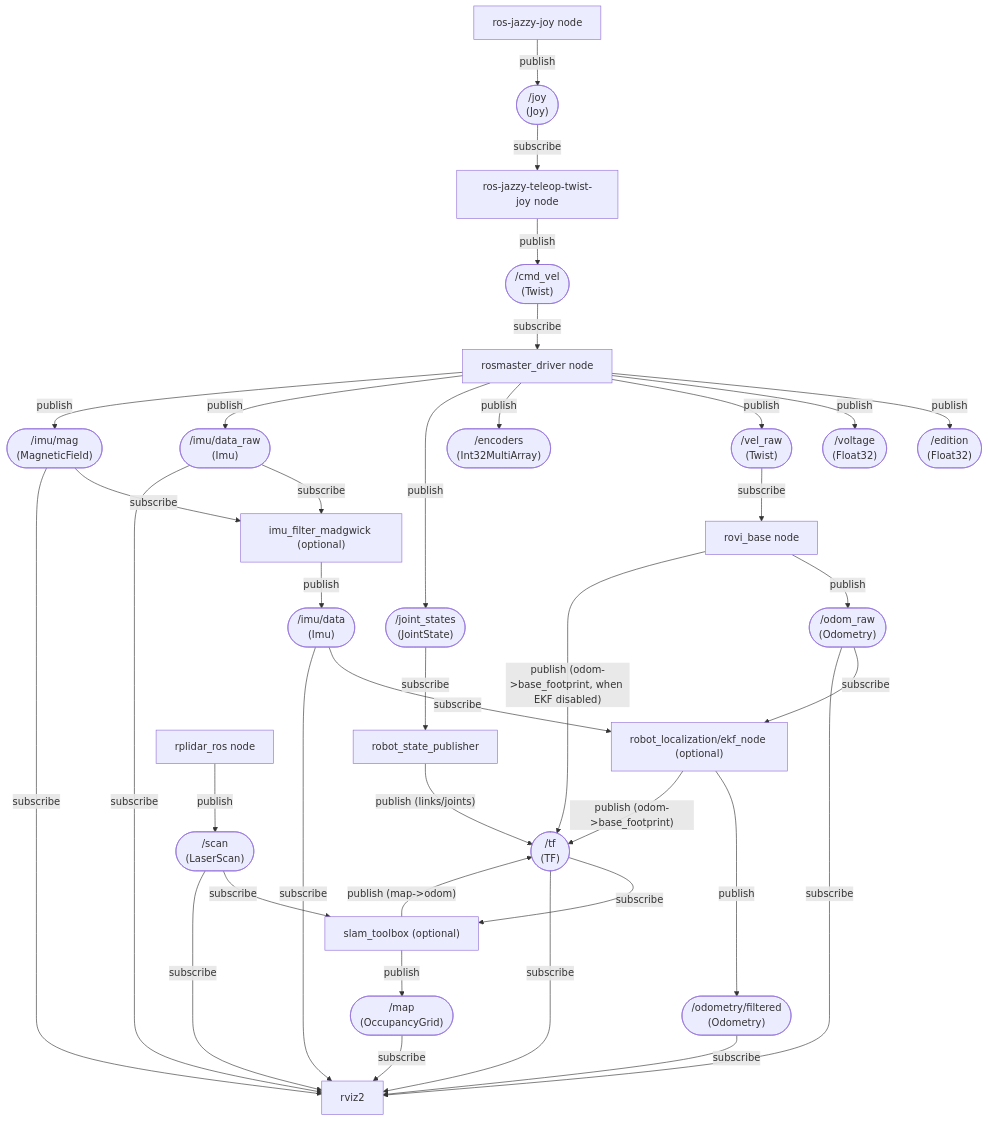
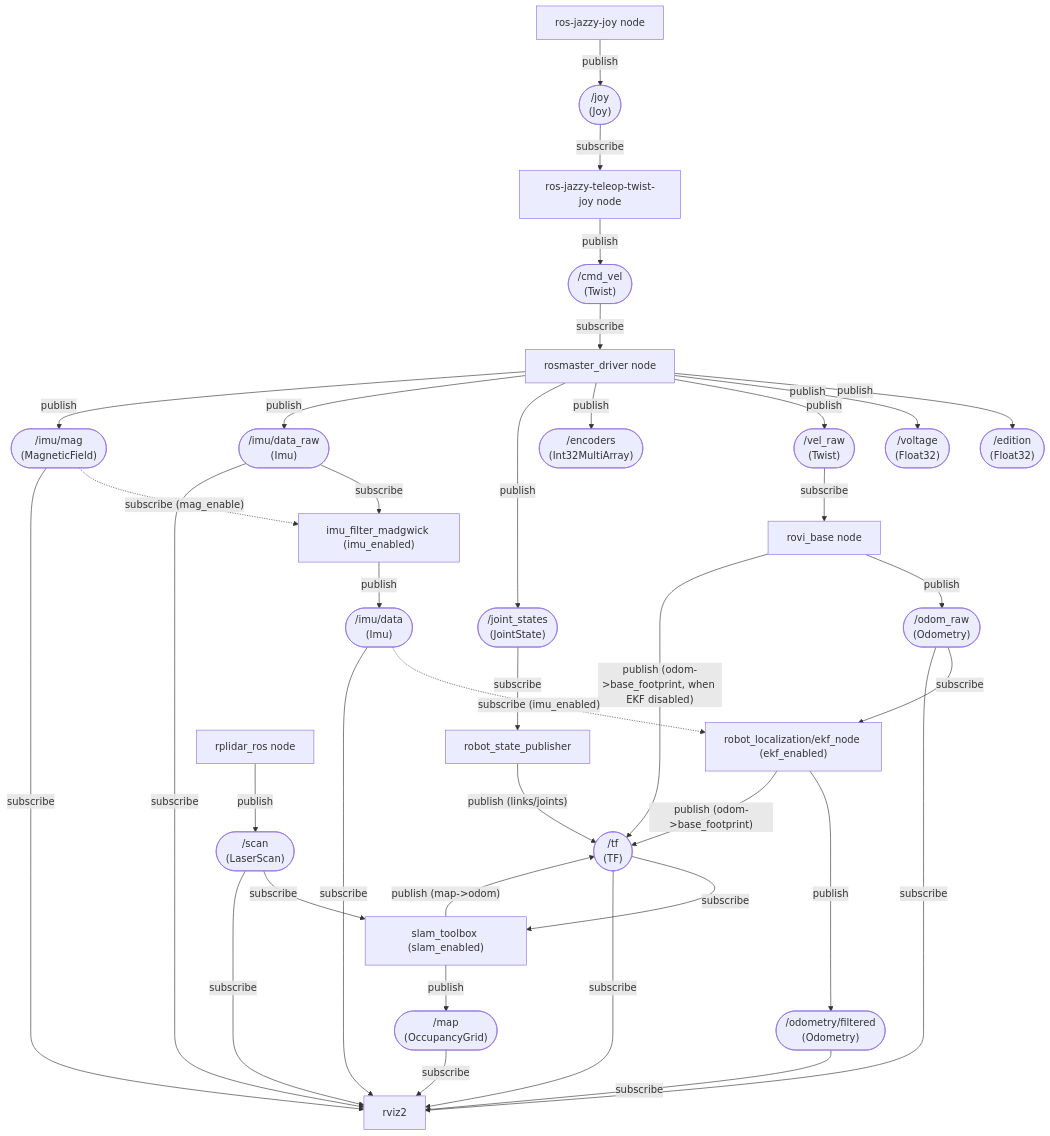
The first of 6 diagrams in README.md (Roblibs/rovi_ros_ws), drawn with Mermaid before and after one commit. The commit also changed other lines of this file, not shown here.

````diff
--- a/README.md
+++ b/README.md
@@ -95,75 +103,75 @@
 ```mermaid
 flowchart TD
   Rosmaster[rosmaster_driver node]
 
   Joystick["ros-jazzy-joy node"]
   JOY(["/joy<br/>(Joy)"])
   Joystick -->|publish| JOY
 
   RoviJoy["ros-jazzy-teleop-twist-joy node"]
   JOY -->|subscribe| RoviJoy
   CMD(["/cmd_vel<br/>(Twist)"])
   RoviJoy -->|publish| CMD
 
   CMD -->|subscribe| Rosmaster
   EDT(["/edition<br/>(Float32)"])
   VOL(["/voltage<br/>(Float32)"])
   VRAW(["/vel_raw<br/>(Twist)"])
   JSTATE(["/joint_states<br/>(JointState)"])
   ENC(["/encoders<br/>(Int32MultiArray)"])
   IMU_RAW(["/imu/data_raw<br/>(Imu)"])
   MAG(["/imu/mag<br/>(MagneticField)"])
   Rosmaster -->|publish| EDT
   Rosmaster -->|publish| VOL
   Rosmaster -->|publish| VRAW
   Rosmaster -->|publish| ENC
   Rosmaster -->|publish| JSTATE
   Rosmaster -->|publish| IMU_RAW
   Rosmaster -->|publish| MAG
 
   RoviBase["rovi_base node"]
   VRAW -->|subscribe| RoviBase
   ODRAW(["/odom_raw<br/>(Odometry)"])
   TF(["/tf<br/>(TF)"])
   RoviBase -->|publish| ODRAW
   RoviBase -->|"publish (odom->base_footprint, when EKF disabled)"| TF
 
-  ImuFilter["imu_filter_madgwick (optional)"]
+  ImuFilter["imu_filter_madgwick (imu_enabled)"]
   IMU_RAW -->|subscribe| ImuFilter
-  MAG -->|subscribe| ImuFilter
+  MAG -.->|"subscribe (mag_enable)"| ImuFilter
   IMU(["/imu/data<br/>(Imu)"])
   ImuFilter -->|publish| IMU
 
-  EKF["robot_localization/ekf_node (optional)"]
+  EKF["robot_localization/ekf_node (ekf_enabled)"]
   ODRAW -->|subscribe| EKF
-  IMU -->|subscribe| EKF
+  IMU -.->|"subscribe (imu_enabled)"| EKF
   ODOMF(["/odometry/filtered<br/>(Odometry)"])
   EKF -->|publish| ODOMF
   EKF -->|"publish (odom->base_footprint)"| TF
 
 
   RSP["robot_state_publisher"]
   JSTATE -->|subscribe| RSP
   RSP -->|"publish (links/joints)"| TF
 
   RPLidar["rplidar_ros node"]
   SCAN(["/scan<br/>(LaserScan)"])
   RPLidar -->|publish| SCAN
 
-  Slam["slam_toolbox (optional)"]
+  Slam["slam_toolbox (slam_enabled)"]
   SCAN -->|subscribe| Slam
   TF -->|subscribe| Slam
   MAP(["/map<br/>(OccupancyGrid)"])
   Slam -->|publish| MAP
   Slam -->|"publish (map->odom)"| TF
 
   RVIZ["rviz2"]
   TF -->|subscribe| RVIZ
   ODRAW -->|subscribe| RVIZ
   ODOMF -->|subscribe| RVIZ
   IMU_RAW -->|subscribe| RVIZ
   IMU -->|subscribe| RVIZ
   MAG -->|subscribe| RVIZ
   SCAN -->|subscribe| RVIZ
   MAP -->|subscribe| RVIZ
 ```
````
